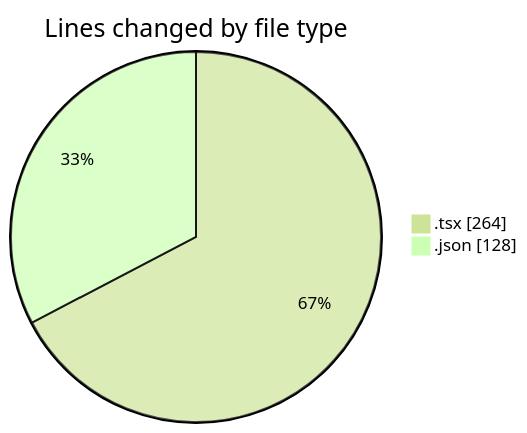
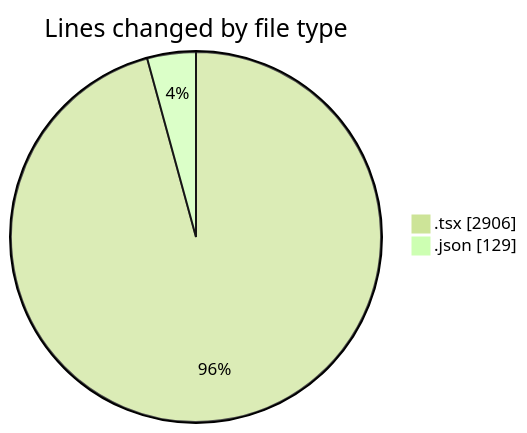
One commit to momahboobian/code-tracking changed the first of 2 diagrams in 2026-11-13/broadcaster-v6-feature/README.md. Above: the diagram before and after it, drawn with Mermaid (forest theme). The commit also changed other lines of this file and 1 other file, not shown here.

````diff
--- a/2026-11-13/broadcaster-v6-feature/README.md
+++ b/2026-11-13/broadcaster-v6-feature/README.md
@@ -23,6 +28,6 @@
 ```mermaid
 pie showData
 title Lines changed by file type
-".tsx" : 264
-".json" : 128
+".tsx" : 2906
+".json" : 129
 ```
````
